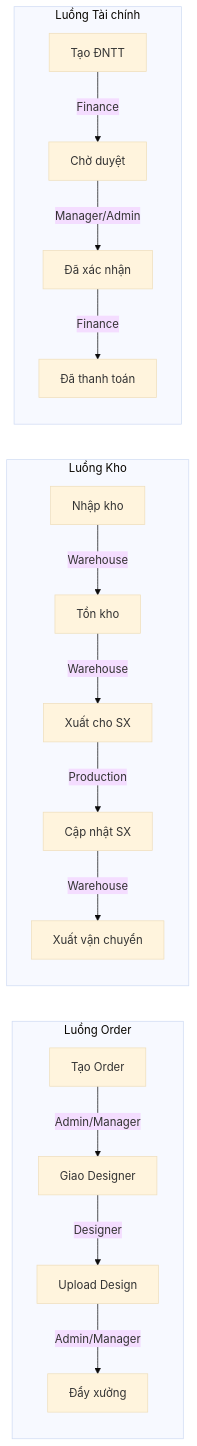
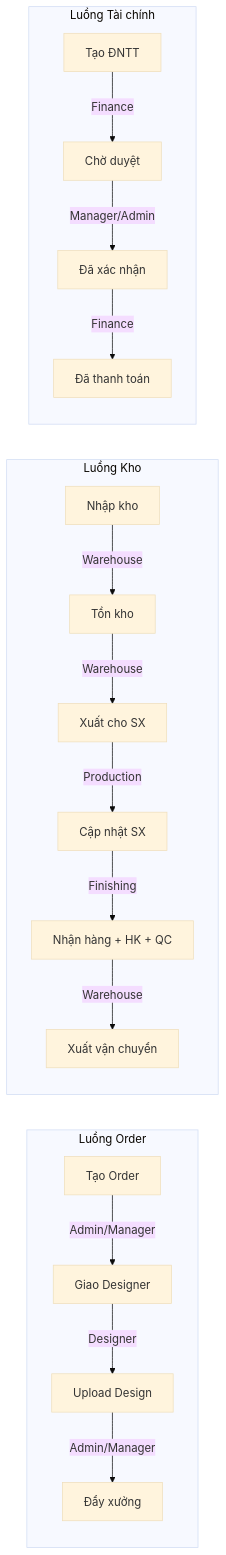
One commit to gioitrongxuan/streamhubs changed the diagram in docs/03-quan-tri-he-thong/phan-quyen-rbac.md. Above: the diagram before and after it, drawn with Mermaid (base theme). The commit also changed other lines of this file and 14 other files, not shown here.

````diff
--- a/docs/03-quan-tri-he-thong/phan-quyen-rbac.md
+++ b/docs/03-quan-tri-he-thong/phan-quyen-rbac.md
@@ -81,21 +87,22 @@
 ```mermaid
 flowchart LR
     subgraph Orders["Luồng Order"]
         O1[Tạo Order] -->|Admin/Manager| O2[Giao Designer]
         O2 -->|Designer| O3[Upload Design]
         O3 -->|Admin/Manager| O4[Đẩy xưởng]
     end
 
     subgraph Warehouse["Luồng Kho"]
         W1[Nhập kho] -->|Warehouse| W2[Tồn kho]
         W2 -->|Warehouse| W3[Xuất cho SX]
         W3 -->|Production| W4[Cập nhật SX]
-        W4 -->|Warehouse| W5[Xuất vận chuyển]
+        W4 -->|Finishing| W5[Nhận hàng + HK + QC]
+        W5 -->|Warehouse| W6[Xuất vận chuyển]
     end
 
     subgraph Finance["Luồng Tài chính"]
         F1[Tạo ĐNTT] -->|Finance| F2[Chờ duyệt]
         F2 -->|Manager/Admin| F3[Đã xác nhận]
         F3 -->|Finance| F4[Đã thanh toán]
     end
 ```
````
